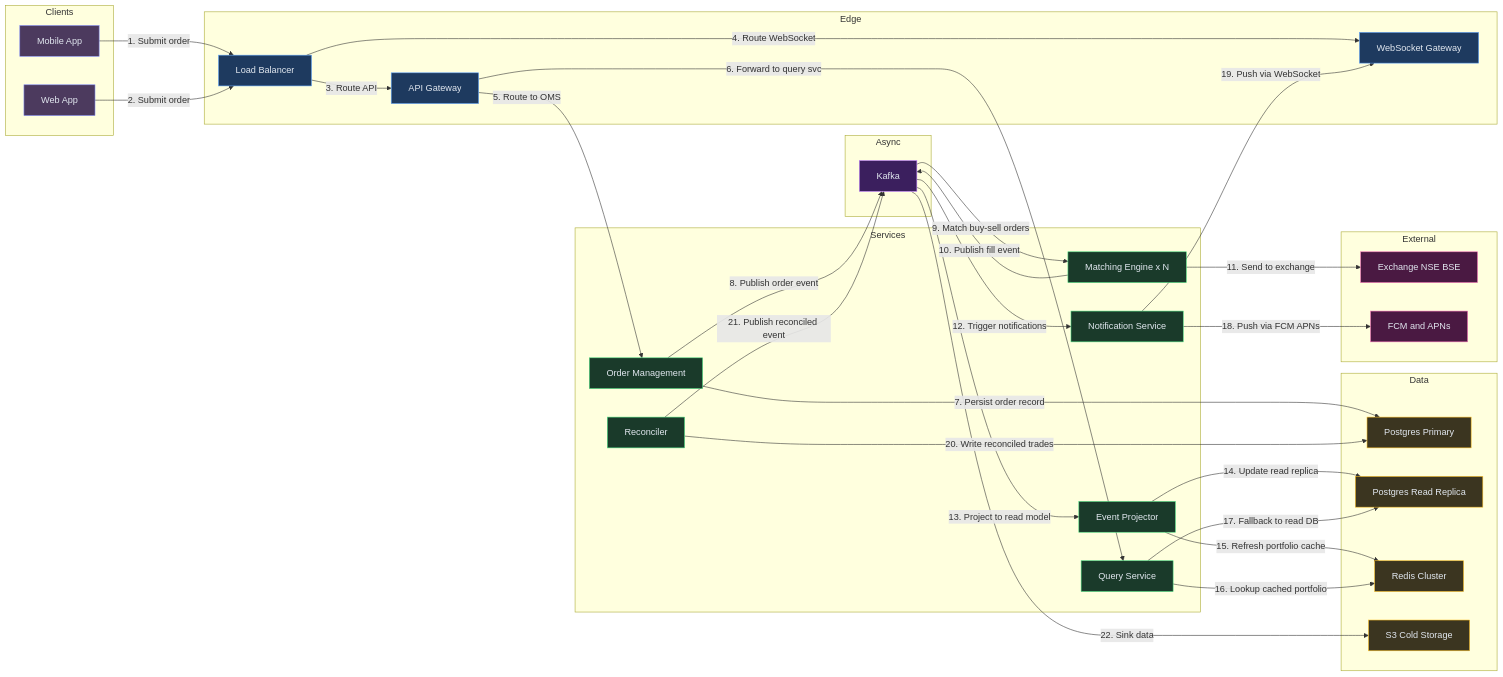
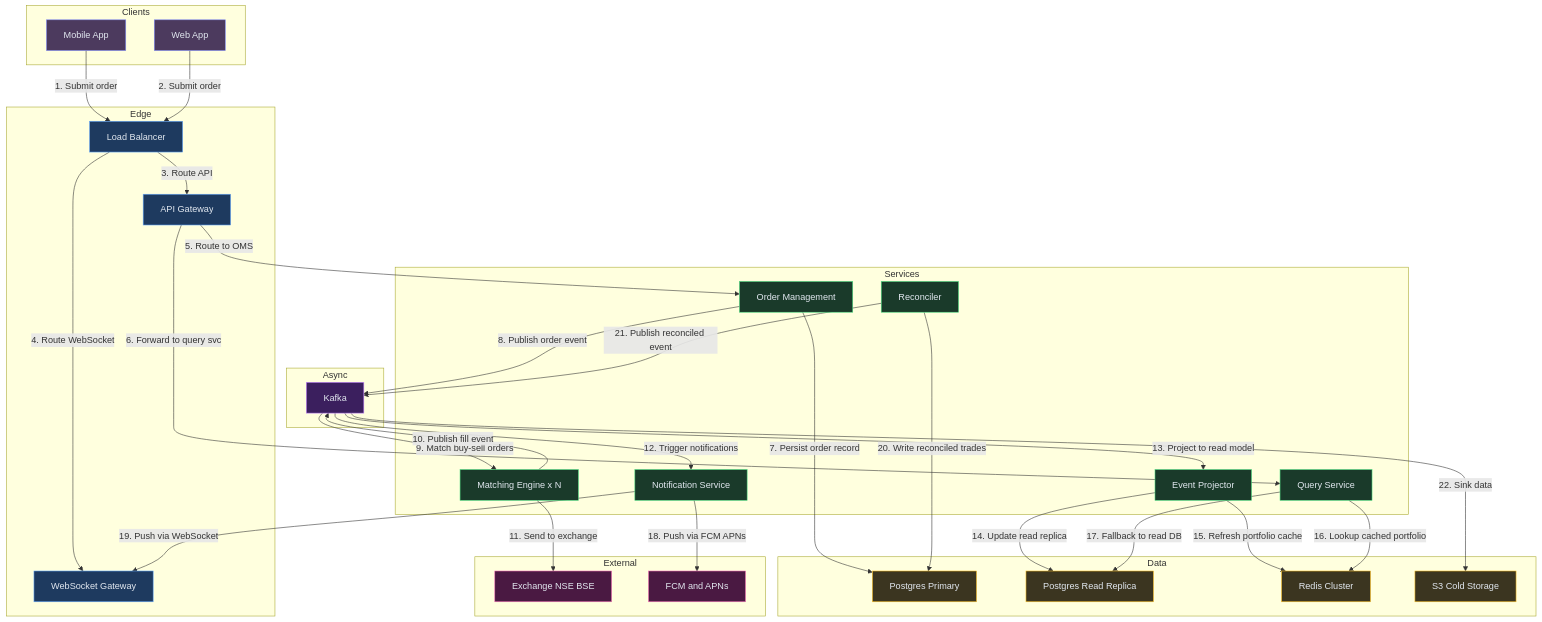
Before and after one commit to iluzn/HLD-Designs: the ninth of 9 diagrams in content/hld/StockBroker.md, drawn with Mermaid. The commit also changed 23 other files, not shown here.

First line of the commit message:
fix(hld): Switch large diagrams to top-down layout (TD) for readability

````diff
--- a/content/hld/StockBroker.md
+++ b/content/hld/StockBroker.md
@@ -564,68 +564,68 @@
 ```mermaid
-flowchart LR
+flowchart TD
     subgraph Clients
         MOB["Mobile App"]:::client
         WEB["Web App"]:::client
     end
 
     subgraph Edge
         LB["Load Balancer"]:::edge
         GW["API Gateway"]:::edge
         WSG["WebSocket Gateway"]:::edge
     end
 
     subgraph Services
         OMS["Order Management"]:::service
         ME["Matching Engine x N"]:::service
         QS["Query Service"]:::service
         NS["Notification Service"]:::service
         REC["Reconciler"]:::service
         PROJ["Event Projector"]:::service
     end
 
     subgraph Async
         KF["Kafka"]:::async
     end
 
     subgraph Data
         PG["Postgres Primary"]:::data
         PGR["Postgres Read Replica"]:::data
         RD["Redis Cluster"]:::data
         S3["S3 Cold Storage"]:::data
     end
 
     subgraph External
         EX["Exchange NSE BSE"]:::external
         FCM["FCM and APNs"]:::external
     end
 
     MOB -->|"1. Submit order"| LB
     WEB -->|"2. Submit order"| LB
     LB -->|"3. Route API"| GW
     LB -->|"4. Route WebSocket"| WSG
     GW -->|"5. Route to OMS"| OMS
     GW -->|"6. Forward to query svc"| QS
     OMS -->|"7. Persist order record"| PG
     OMS -->|"8. Publish order event"| KF
     KF -->|"9. Match buy-sell orders"| ME
     ME -->|"10. Publish fill event"| KF
     ME -->|"11. Send to exchange"| EX
     KF -->|"12. Trigger notifications"| NS
     KF -->|"13. Project to read model"| PROJ
     PROJ -->|"14. Update read replica"| PGR
     PROJ -->|"15. Refresh portfolio cache"| RD
     QS -->|"16. Lookup cached portfolio"| RD
     QS -->|"17. Fallback to read DB"| PGR
     NS -->|"18. Push via FCM APNs"| FCM
     NS -->|"19. Push via WebSocket"| WSG
     REC -->|"20. Write reconciled trades"| PG
     REC -->|"21. Publish reconciled event"| KF
     KF -->|"22. Sink data"| S3
 
     classDef client fill:#4c3a5e,stroke:#818cf8,color:#e2e8f0
     classDef edge fill:#1e3a5f,stroke:#60a5fa,color:#e2e8f0
     classDef service fill:#1a3a2a,stroke:#4ade80,color:#e2e8f0
     classDef async fill:#3b1f5e,stroke:#c084fc,color:#e2e8f0
     classDef data fill:#3b3520,stroke:#fbbf24,color:#e2e8f0
     classDef external fill:#4a1942,stroke:#f472b6,color:#e2e8f0
 ```
````
